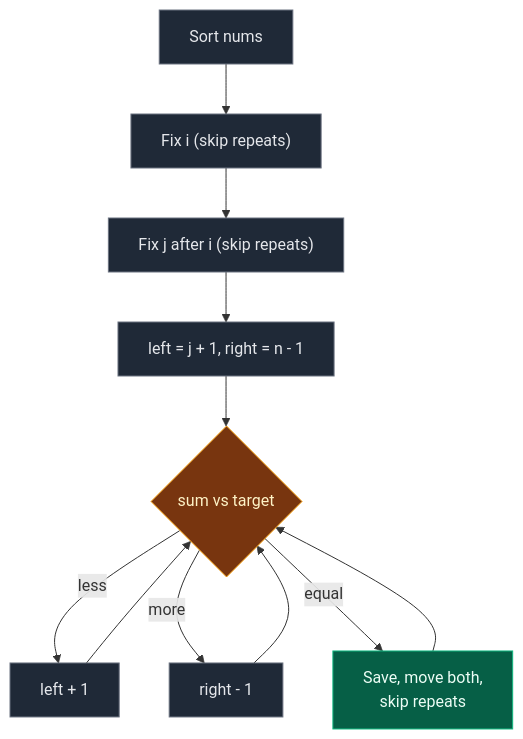
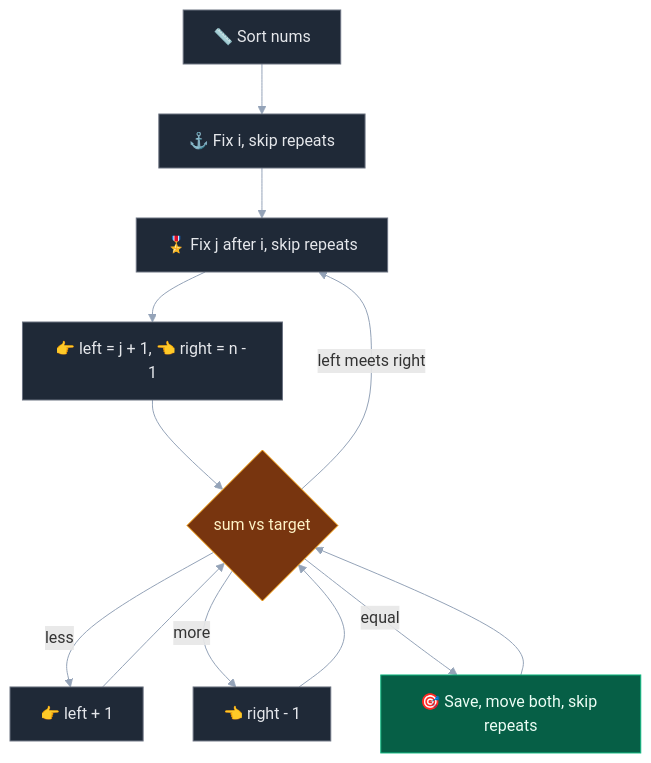
One commit to ajay-nikumbh/dsa-notes changed the fifth of 9 diagrams in 01. Array/06. Sorting + Two Pointers/03. 18. 4Sum.md. Above: the diagram before and after it, drawn with Mermaid. The commit also changed other lines of this file and 1 other file, not shown here.

Commit message:
Array Sorting + Two Pointers 3: rewrite 4Sum with pictures, chart and animation

````diff
--- a/01. Array/06. Sorting + Two Pointers/03. 18. 4Sum.md
+++ b/01. Array/06. Sorting + Two Pointers/03. 18. 4Sum.md
@@ -72,17 +168,25 @@
 ```mermaid
+---
+config:
+  layout: dagre
+  flowchart:
+    curve: basis
+---
 flowchart TD
-    A["Sort nums"]:::a --> B["Fix i (skip repeats)"]:::a
-    B --> C["Fix j after i (skip repeats)"]:::a
-    C --> D["left = j + 1, right = n - 1"]:::a
+    A["📏 Sort nums"]:::a --> B["⚓ Fix i, skip repeats"]:::a
+    B --> C["🎖️ Fix j after i, skip repeats"]:::a
+    C --> D["👉 left = j + 1, 👈 right = n - 1"]:::a
     D --> E{"sum vs target"}:::c
-    E -->|less| F["left + 1"]:::a
-    E -->|more| G["right - 1"]:::a
-    E -->|equal| H["Save, move both,<br/>skip repeats"]:::d
+    E -->|less| F["👉 left + 1"]:::a
+    E -->|more| G["👈 right - 1"]:::a
+    E -->|equal| H["🎯 Save, move both, skip repeats"]:::d
     F --> E
     G --> E
     H --> E
+    E -->|left meets right| C
 
     classDef a fill:#1f2937,stroke:#6b7280,color:#e5e7eb
     classDef c fill:#78350f,stroke:#f59e0b,color:#fef3c7
     classDef d fill:#065f46,stroke:#10b981,color:#ecfdf5
+    linkStyle default stroke:#94a3b8
 ```
````
